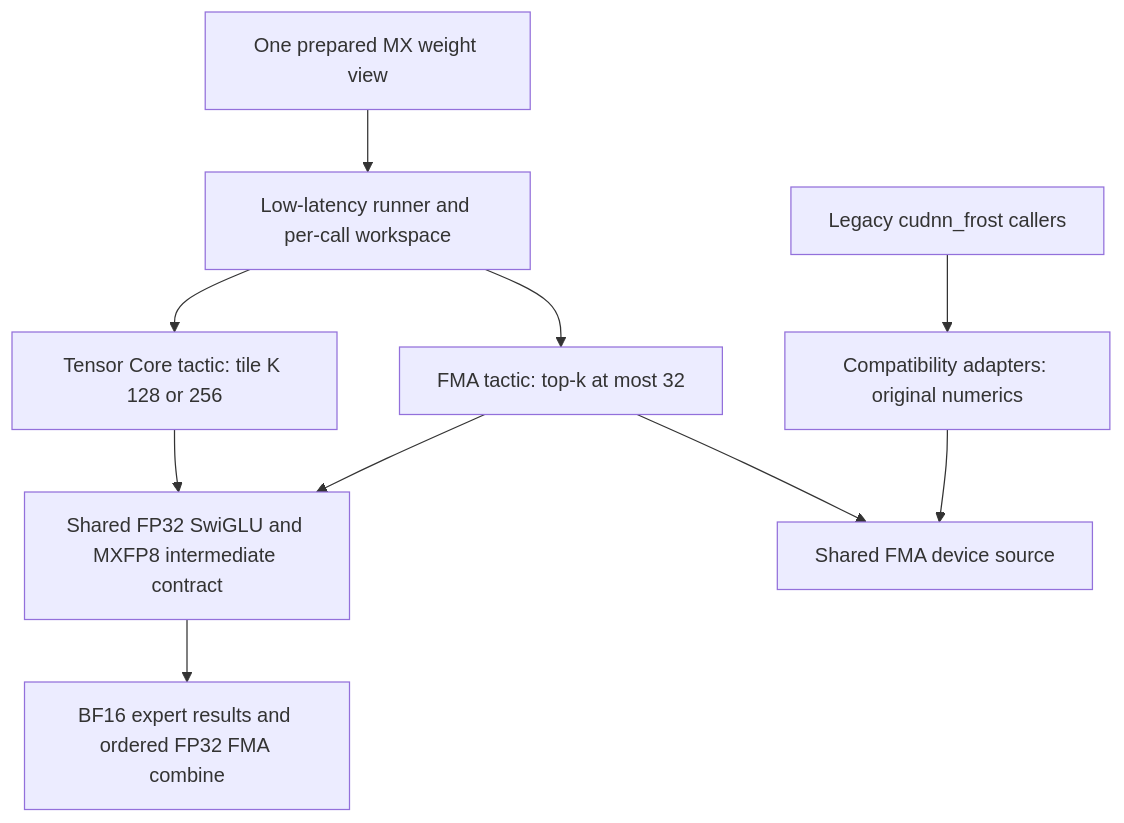
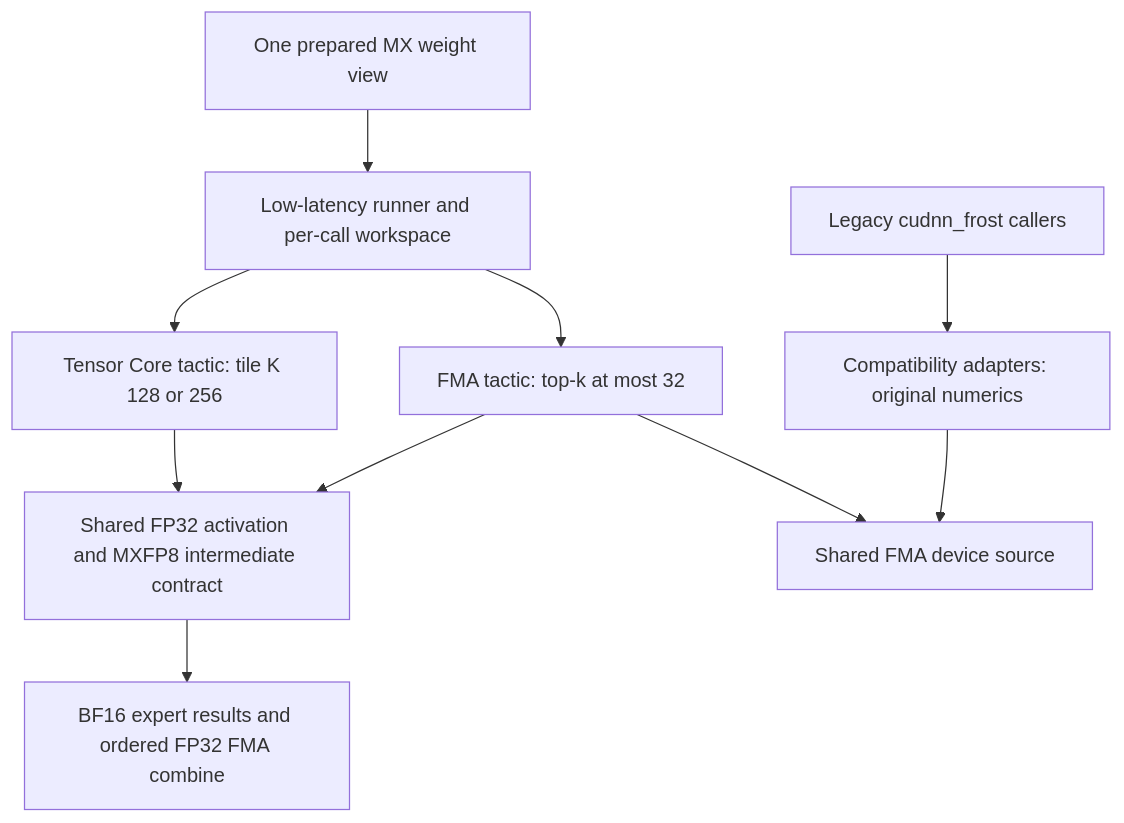
The first of 3 diagrams in docs/frost_low_latency_moe.md (flashinfer-ai/flashinfer), drawn with Mermaid before and after one commit. The commit also changed other lines of this file and 18 other files, not shown here.

````diff
--- a/docs/frost_low_latency_moe.md
+++ b/docs/frost_low_latency_moe.md
@@ -30,12 +35,12 @@
 ```mermaid
 flowchart TD
   W[One prepared MX weight view] --> A[Low-latency runner and per-call workspace]
   A --> T[Tensor Core tactic: tile K 128 or 256]
   A --> F[FMA tactic: top-k at most 32]
-  T --> S[Shared FP32 SwiGLU and MXFP8 intermediate contract]
+  T --> S[Shared FP32 activation and MXFP8 intermediate contract]
   F --> S
   S --> O[BF16 expert results and ordered FP32 FMA combine]
   L[Legacy cudnn_frost callers] --> C[Compatibility adapters: original numerics]
   C --> D[Shared FMA device source]
   F --> D
 ```
````
